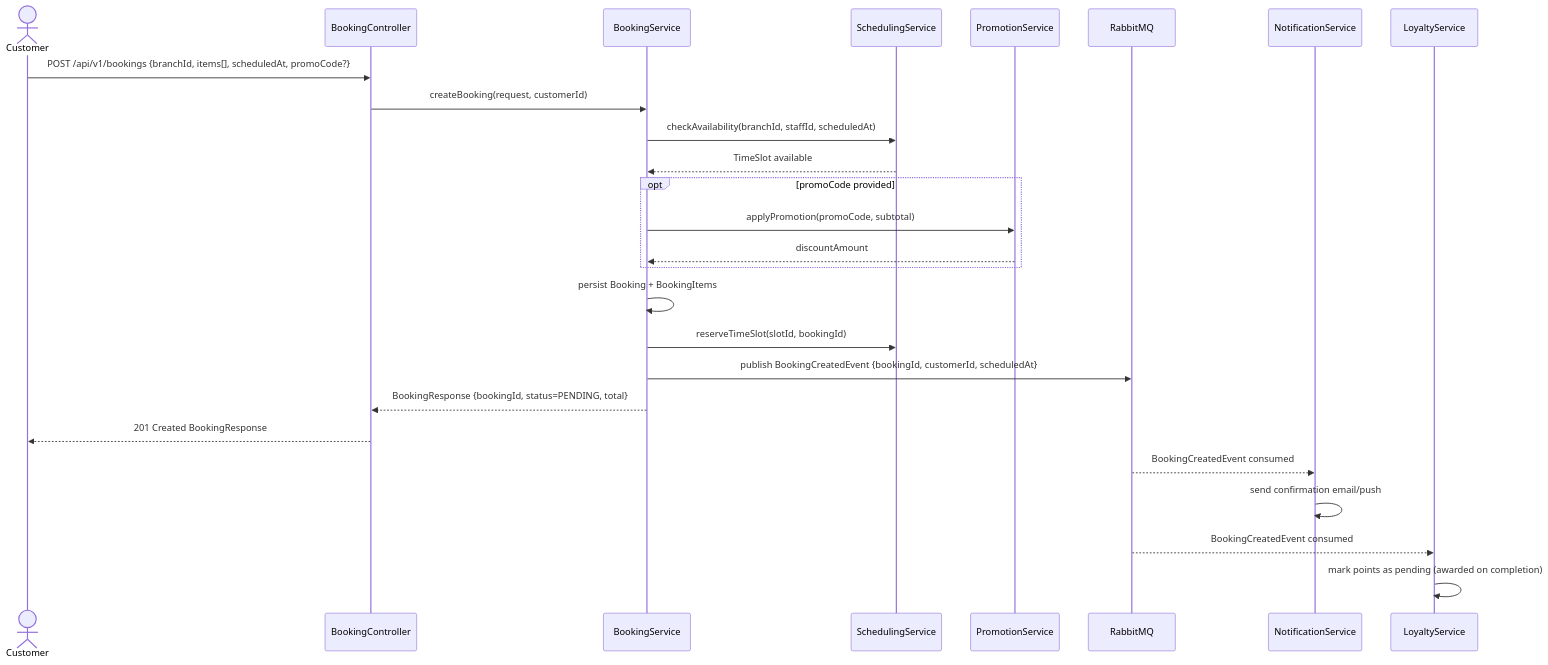
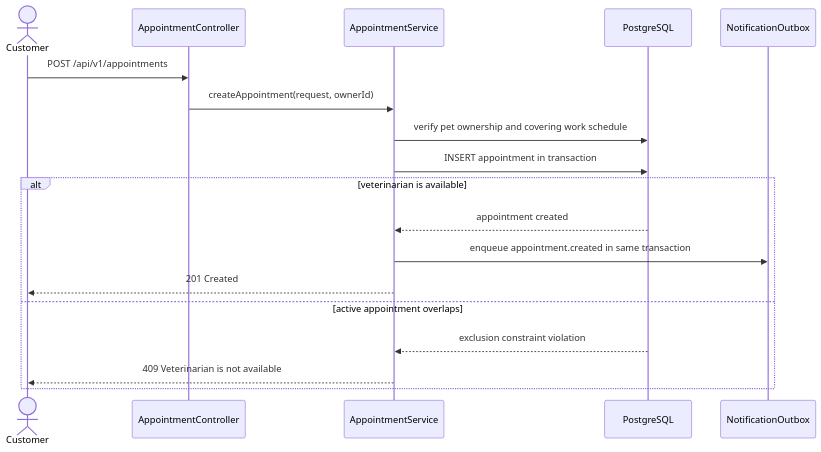
One commit to CaptainDuc/Pet_Management_System changed the third of 7 diagrams in docs/sequence-diagrams.md. Above: the diagram before and after it, drawn with Mermaid. The commit also changed other lines of this file and 158 other files, not shown here.

````diff
--- a/docs/sequence-diagrams.md
+++ b/docs/sequence-diagrams.md
@@ -31,31 +64,21 @@
 ```mermaid
 sequenceDiagram
     actor C as Customer
-    participant BC as BookingController
-    participant BS as BookingService
-    participant SS as SchedulingService
-    participant PS as PromotionService
-    participant MQ as RabbitMQ
-    participant NS as NotificationService
-    participant LS as LoyaltyService
+    participant AC as AppointmentController
+    participant AS as AppointmentService
+    participant DB as PostgreSQL
+    participant O as NotificationOutbox
 
-    C->>BC: POST /api/v1/bookings {branchId, items[], scheduledAt, promoCode?}
-    BC->>BS: createBooking(request, customerId)
-    BS->>SS: checkAvailability(branchId, staffId, scheduledAt)
-    SS-->>BS: TimeSlot available
-    opt promoCode provided
-        BS->>PS: applyPromotion(promoCode, subtotal)
-        PS-->>BS: discountAmount
+    C->>AC: POST /api/v1/appointments
+    AC->>AS: createAppointment(request, ownerId)
+    AS->>DB: verify pet ownership and covering work schedule
+    AS->>DB: INSERT appointment in transaction
+    alt veterinarian is available
+        DB-->>AS: appointment created
+        AS->>O: enqueue appointment.created in same transaction
+        AS-->>C: 201 Created
+    else active appointment overlaps
+        DB-->>AS: exclusion constraint violation
+        AS-->>C: 409 Veterinarian is not available
     end
-    BS->>BS: persist Booking + BookingItems
-    BS->>SS: reserveTimeSlot(slotId, bookingId)
-    BS->>MQ: publish BookingCreatedEvent {bookingId, customerId, scheduledAt}
-    BS-->>BC: BookingResponse {bookingId, status=PENDING, total}
-    BC-->>C: 201 Created BookingResponse
-
-    MQ-->>NS: BookingCreatedEvent consumed
-    NS->>NS: send confirmation email/push
-
-    MQ-->>LS: BookingCreatedEvent consumed
-    LS->>LS: mark points as pending (awarded on completion)
 ```
````
